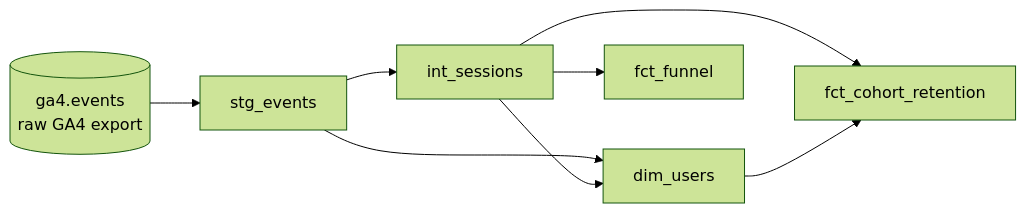
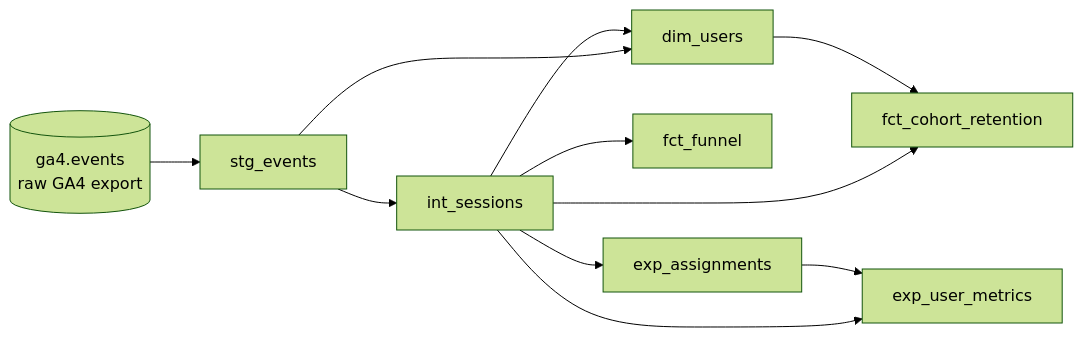
The diagram in README.md (nachogd99/ga4-experimentation-analytics), drawn with Mermaid (forest theme) before and after one commit. The commit also changed other lines of this file and 2 other files, not shown here.

````diff
--- a/README.md
+++ b/README.md
@@ -39,10 +50,13 @@
 ```mermaid
 flowchart LR
     src[(ga4.events<br/>raw GA4 export)] --> stg[stg_events]
     stg --> ses[int_sessions]
     stg --> users[dim_users]
     ses --> users
     ses --> funnel[fct_funnel]
     ses --> ret[fct_cohort_retention]
     users --> ret
+    ses --> assign[exp_assignments]
+    ses --> metrics[exp_user_metrics]
+    assign --> metrics
 ```
````
